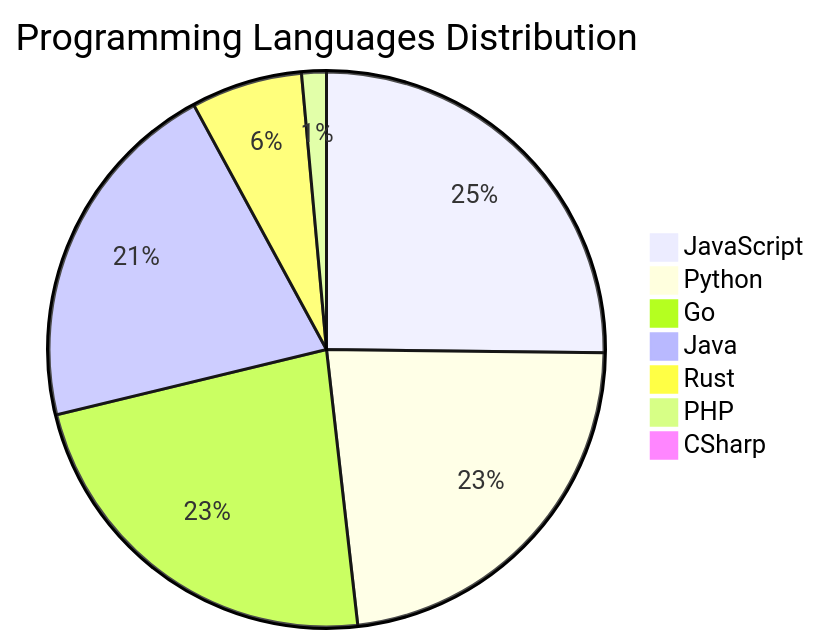
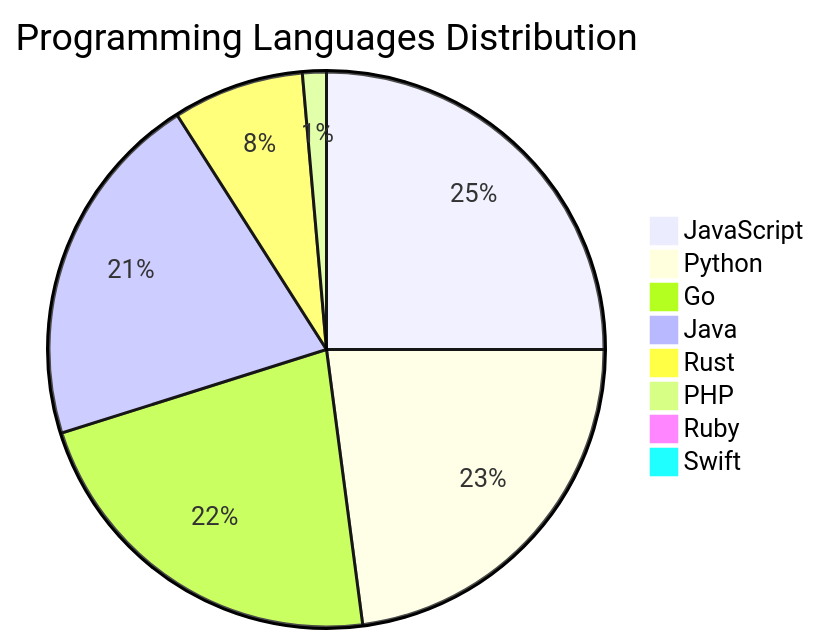
The diagram in README.md (Derrick-MUGISHA/github-activity-bot), drawn with Mermaid before and after one commit. The commit also changed other lines of this file and 4 other files, not shown here.

````diff
--- a/README.md
+++ b/README.md
@@ -207,10 +210,11 @@
 ```mermaid
 pie title Programming Languages Distribution
-    "JavaScript" : 35
-    "Python" : 32
+    "JavaScript" : 36
+    "Python" : 33
     "Go" : 32
-    "Java" : 29
-    "Rust" : 9
+    "Java" : 30
+    "Rust" : 11
     "PHP" : 2
-    "CSharp" : 1
+    "Ruby" : 1
+    "Swift" : 1
 ```
````
